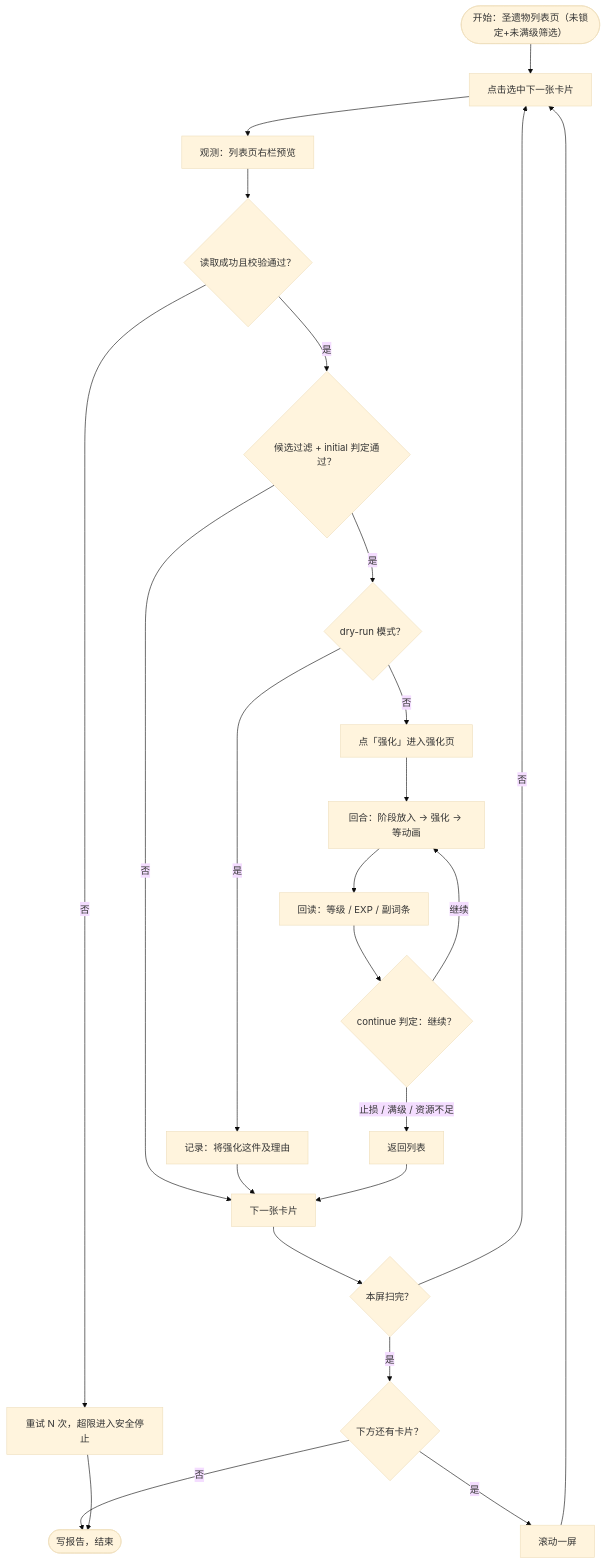
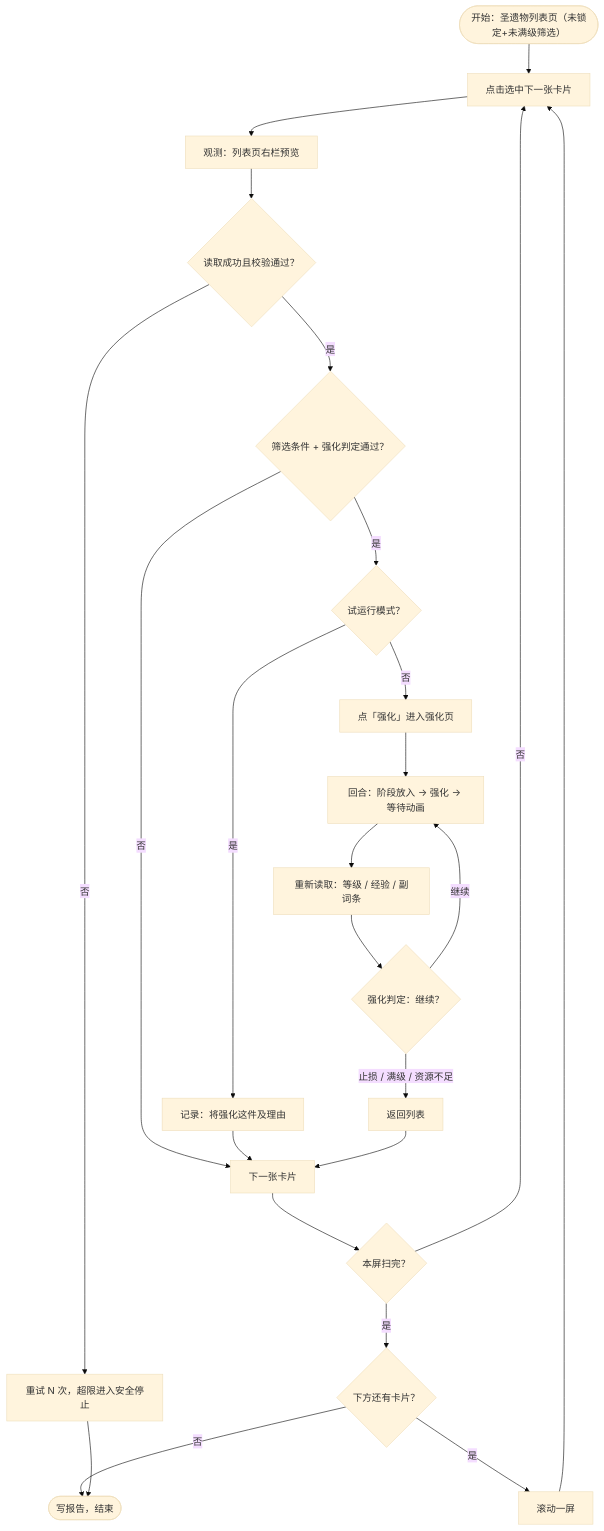
Before and after one commit to huanshang141/Auto-Grade-Up: the second of 2 diagrams in docs/superpowers/specs/2026-08-28-auto-grade-up-design.md, drawn with Mermaid (base theme). The commit also changed other lines of this file and 3 other files, not shown here.

````diff
--- a/docs/superpowers/specs/2026-08-28-auto-grade-up-design.md
+++ b/docs/superpowers/specs/2026-08-28-auto-grade-up-design.md
@@ -210,26 +208,26 @@
 ```mermaid
 flowchart TD
     START(["开始：圣遗物列表页（未锁定+未满级筛选）"]) --> LOOP["点击选中下一张卡片"]
     LOOP --> READ["观测：列表页右栏预览"]
     READ --> ROK{"读取成功且校验通过？"}
     ROK -->|"否"| SAFE["重试 N 次，超限进入安全停止"]
-    ROK -->|"是"| CAND{"候选过滤 + initial 判定通过？"}
+    ROK -->|"是"| CAND{"筛选条件 + 强化判定通过？"}
     CAND -->|"否"| NEXTCARD["下一张卡片"]
-    CAND -->|"是"| DRY{"dry-run 模式？"}
+    CAND -->|"是"| DRY{"试运行模式？"}
     DRY -->|"是"| REC["记录：将强化这件及理由"]
     REC --> NEXTCARD
     DRY -->|"否"| OPEN["点「强化」进入强化页"]
-    OPEN --> ROUND["回合：阶段放入 → 强化 → 等动画"]
-    ROUND --> READ2["回读：等级 / EXP / 副词条"]
-    READ2 --> CONT{"continue 判定：继续？"}
+    OPEN --> ROUND["回合：阶段放入 → 强化 → 等待动画"]
+    ROUND --> READ2["重新读取：等级 / 经验 / 副词条"]
+    READ2 --> CONT{"强化判定：继续？"}
     CONT -->|"止损 / 满级 / 资源不足"| BACK["返回列表"]
     CONT -->|"继续"| ROUND
     BACK --> NEXTCARD
     NEXTCARD --> PAGEEND{"本屏扫完？"}
     PAGEEND -->|"否"| LOOP
     PAGEEND -->|"是"| HASNEXT{"下方还有卡片？"}
     HASNEXT -->|"是"| SCROLL["滚动一屏"]
     SCROLL --> LOOP
     HASNEXT -->|"否"| DONE(["写报告，结束"])
     SAFE --> DONE
 ```
````
